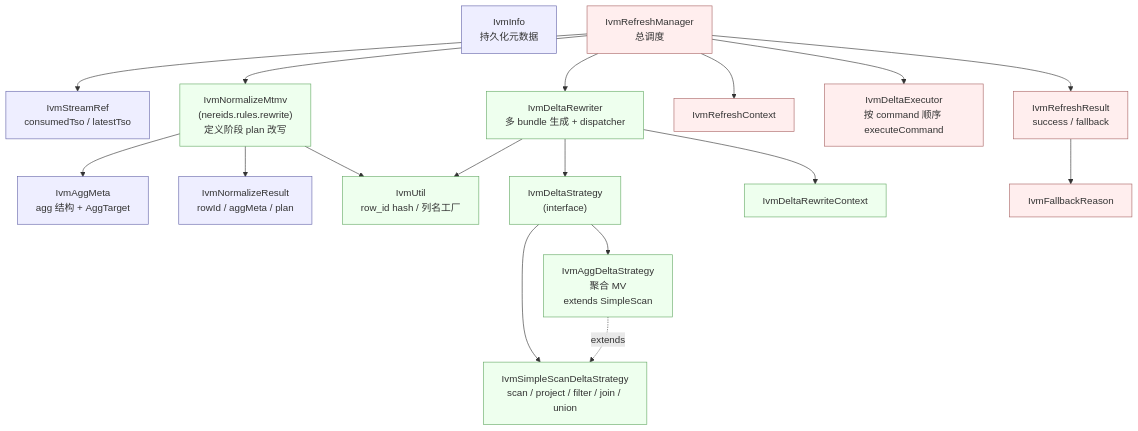
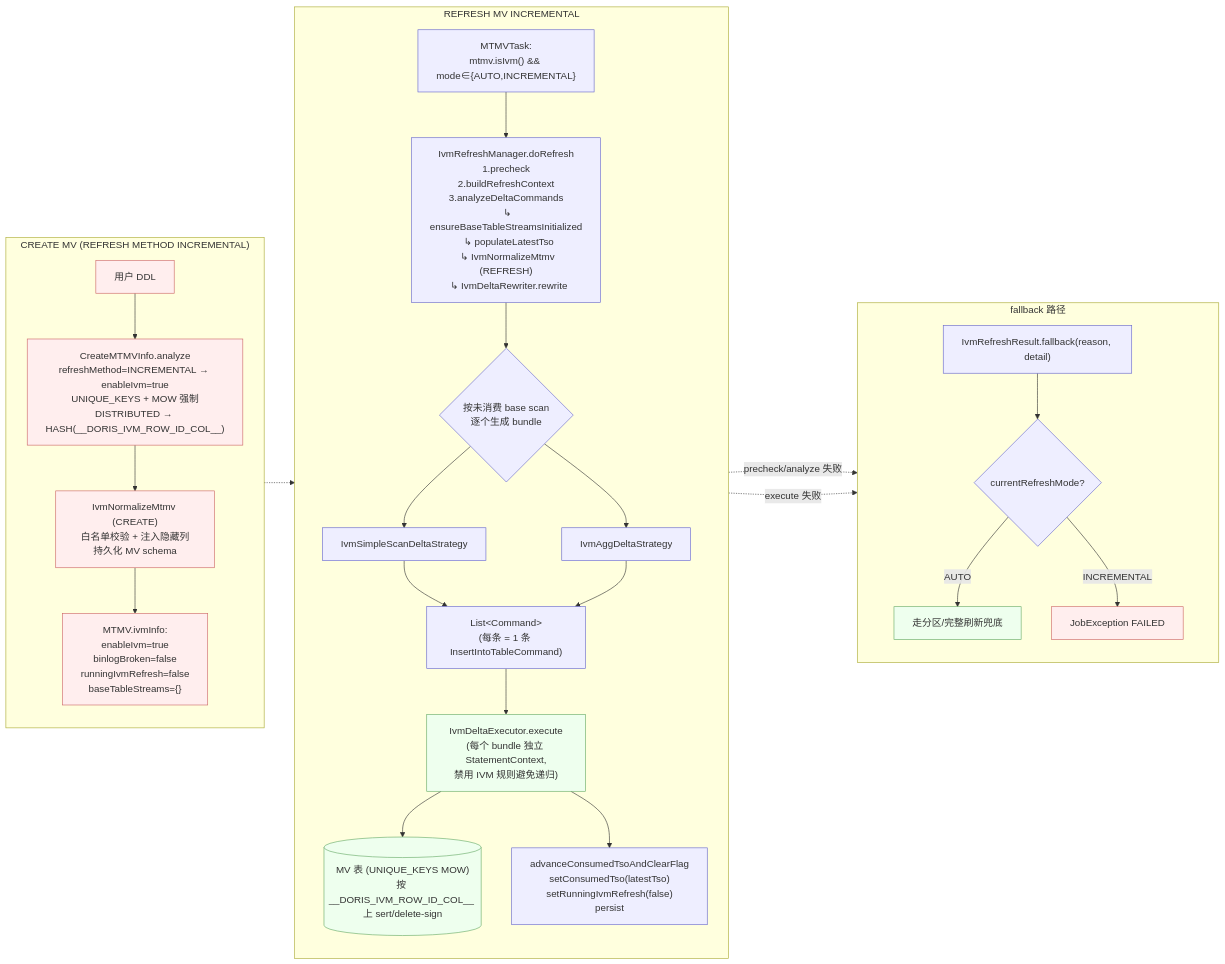
One commit to seawinde/doris changed the first of 9 diagrams in docs/ivm_design.md. Above: the diagram before and after it, drawn with Mermaid. The commit also changed other lines of this file, not shown here.

First line of the commit message:
[doc](mtmv) Restructure IVM design doc: dedupe and fill gaps

````diff
--- a/docs/ivm_design.md
+++ b/docs/ivm_design.md
@@ -62,42 +18,39 @@
 ```mermaid
-graph TB
-  classDef meta fill:#eef,stroke:#66a
-  classDef plan fill:#efe,stroke:#6a6
-  classDef exec fill:#fee,stroke:#a66
+flowchart LR
+  classDef create fill:#fee,stroke:#c66
+  classDef refresh fill:#eef,stroke:#66c
+  classDef apply fill:#efe,stroke:#6a6
 
-  IvmInfo["IvmInfo<br/>持久化元数据"]:::meta
-  IvmAggMeta["IvmAggMeta<br/>agg 结构 + AggTarget"]:::meta
-  IvmNormalizeResult["IvmNormalizeResult<br/>rowId / aggMeta / plan"]:::meta
-  IvmStreamRef["IvmStreamRef<br/>consumedTso / latestTso"]:::meta
+  subgraph CREATE["CREATE MV (REFRESH METHOD INCREMENTAL)"]
+    direction TB
+    UDDL["用户 DDL"]:::create --> CMI["CreateMTMVInfo.analyze<br/>refreshMethod=INCREMENTAL → enableIvm=true<br/>UNIQUE_KEYS + MOW 强制<br/>DISTRIBUTED → HASH(__DORIS_IVM_ROW_ID_COL__)"]:::create
+    CMI --> NORM1["IvmNormalizeMtmv (CREATE)<br/>白名单校验 + 注入隐藏列<br/>持久化 MV schema"]:::create
+    NORM1 --> META["MTMV.ivmInfo:<br/>enableIvm=true<br/>binlogBroken=false<br/>runningIvmRefresh=false<br/>baseTableStreams={}"]:::create
+  end
 
-  IvmNormalizeMtmv["IvmNormalizeMtmv<br/>(nereids.rules.rewrite)<br/>定义阶段 plan 改写"]:::plan
-  IvmUtil["IvmUtil<br/>row_id hash / 列名工厂"]:::plan
-  IvmDeltaRewriter["IvmDeltaRewriter<br/>多 bundle 生成 + dispatcher"]:::plan
-  IvmDeltaStrategy["IvmDeltaStrategy<br/>(interface)"]:::plan
-  IvmSimpleScanDeltaStrategy["IvmSimpleScanDeltaStrategy<br/>scan / project / filter / join / union"]:::plan
-  IvmAggDeltaStrategy["IvmAggDeltaStrategy<br/>聚合 MV<br/>extends SimpleScan"]:::plan
-  IvmDeltaRewriteContext["IvmDeltaRewriteContext"]:::plan
+  subgraph REFRESH["REFRESH MV INCREMENTAL"]
+    direction TB
+    TASK["MTMVTask:<br/>mtmv.isIvm() && mode∈{AUTO,INCREMENTAL}"]:::refresh --> MGR["IvmRefreshManager.doRefresh<br/>1.precheck<br/>2.buildRefreshContext<br/>3.analyzeDeltaCommands<br/>  ↳ ensureBaseTableStreamsInitialized<br/>  ↳ populateLatestTso<br/>  ↳ IvmNormalizeMtmv (REFRESH)<br/>  ↳ IvmDeltaRewriter.rewrite"]:::refresh
+    MGR --> BUNDLE{"按未消费 base scan<br/>逐个生成 bundle"}:::refresh
+    BUNDLE --> SIMPLE["IvmSimpleScanDeltaStrategy"]:::refresh
+    BUNDLE --> AGG["IvmAggDeltaStrategy"]:::refresh
+    SIMPLE --> CMD["List&lt;Command&gt;<br/>(每条 = 1 条 InsertIntoTableCommand)"]:::refresh
+    AGG --> CMD
+    CMD --> EXE["IvmDeltaExecutor.execute<br/>(每个 bundle 独立 StatementContext,<br/>禁用 IVM 规则避免递归)"]:::apply
+    EXE --> MV[("MV 表 (UNIQUE_KEYS MOW)<br/>按 __DORIS_IVM_ROW_ID_COL__ 上 sert/delete-sign")]:::apply
+    EXE --> ADV["advanceConsumedTsoAndClearFlag<br/>setConsumedTso(latestTso)<br/>setRunningIvmRefresh(false)<br/>persist"]:::refresh
+  end
 
-  IvmRefreshManager["IvmRefreshManager<br/>总调度"]:::exec
-  IvmRefreshContext["IvmRefreshContext"]:::exec
-  IvmDeltaExecutor["IvmDeltaExecutor<br/>按 command 顺序 executeCommand"]:::exec
-  IvmRefreshResult["IvmRefreshResult<br/>success / fallback"]:::exec
-  IvmFallbackReason["IvmFallbackReason"]:::exec
+  META -.-> TASK
 
-  IvmRefreshManager --> IvmRefreshContext
-  IvmRefreshManager --> IvmNormalizeMtmv
-  IvmRefreshManager --> IvmDeltaRewriter
-  IvmRefreshManager --> IvmDeltaExecutor
-  IvmRefreshManager --> IvmRefreshResult
-  IvmRefreshResult --> IvmFallbackReason
-  IvmDeltaRewriter --> IvmDeltaStrategy
-  IvmDeltaStrategy --> IvmSimpleScanDeltaStrategy
-  IvmDeltaStrategy --> IvmAggDeltaStrategy
-  IvmAggDeltaStrategy -.extends.-> IvmSimpleScanDeltaStrategy
-  IvmDeltaRewriter --> IvmDeltaRewriteContext
-  IvmNormalizeMtmv --> IvmNormalizeResult
-  IvmNormalizeMtmv --> IvmAggMeta
-  IvmNormalizeMtmv --> IvmUtil
-  IvmDeltaRewriter --> IvmUtil
-  IvmRefreshManager --> IvmStreamRef
+  subgraph FALLBACK["fallback 路径"]
+    direction TB
+    FB["IvmRefreshResult.fallback(reason, detail)"]:::refresh
+    FB --> AUTO{"currentRefreshMode?"}:::refresh
+    AUTO -- AUTO --> PART["走分区/完整刷新兜底"]:::apply
+    AUTO -- INCREMENTAL --> JE["JobException FAILED"]:::create
+  end
+
+  MGR -.precheck/analyze 失败.-> FB
+  EXE -.execute 失败.-> FB
 ```
````
